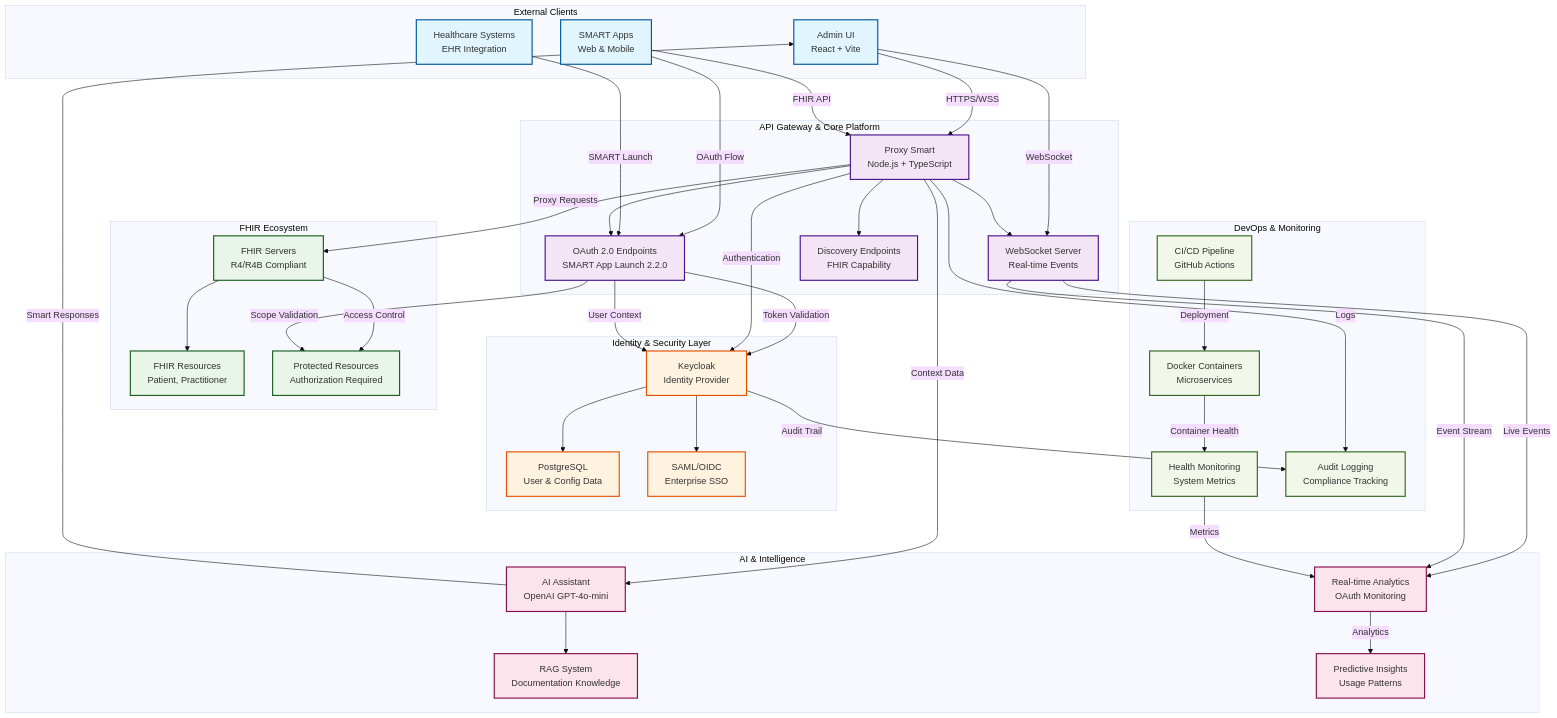
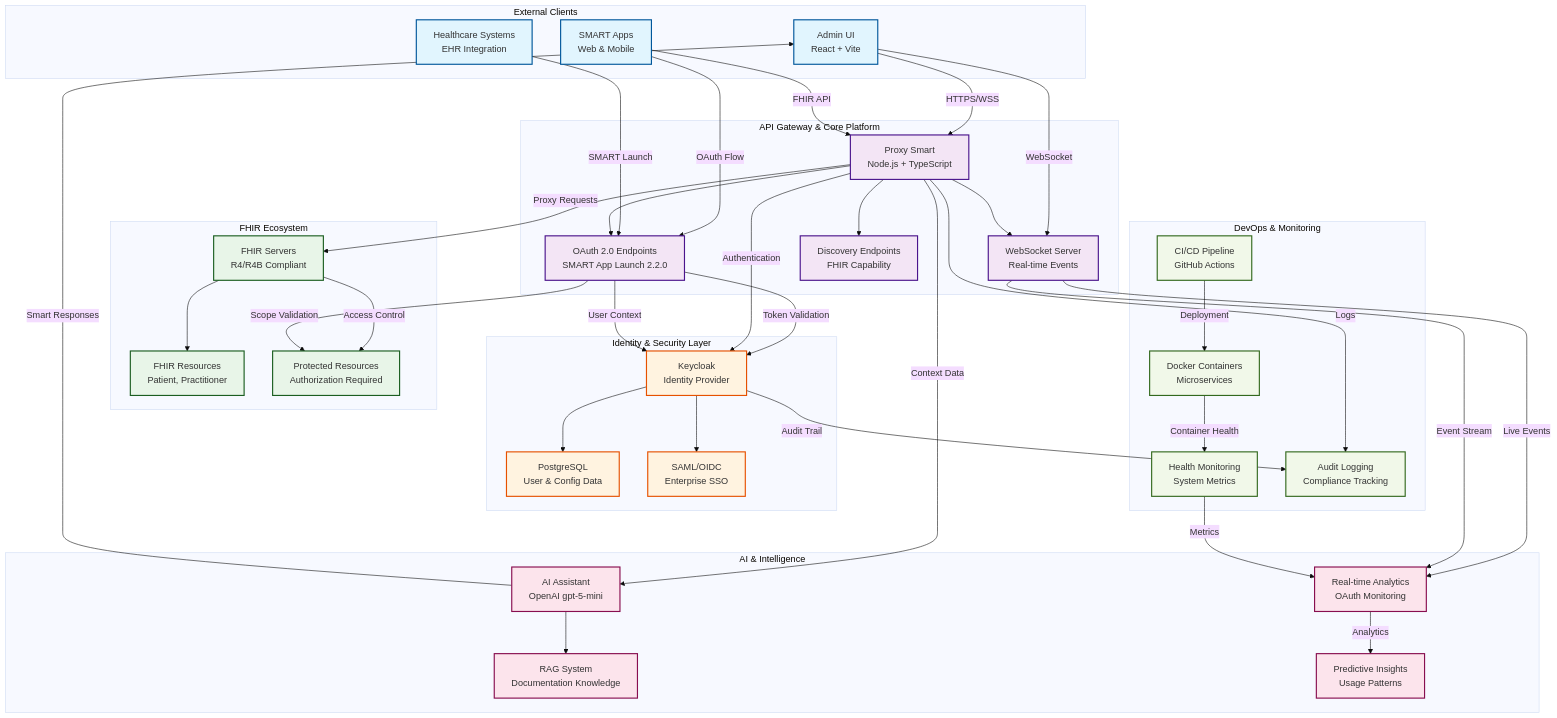
Before and after one commit to quotentiroler/smart-on-fhir-proxy: the diagram in README.md, drawn with Mermaid (base theme). The commit also changed other lines of this file and 5 other files, not shown here.

```diff
--- a/README.md
+++ b/README.md
@@ -84,7 +84,7 @@
     end
   
     subgraph "AI & Intelligence"
-        N["AI Assistant<br/>OpenAI GPT-4o-mini"]
+        N["AI Assistant<br/>OpenAI gpt-5-mini"]
         O["Real-time Analytics<br/>OAuth Monitoring"]
         P["RAG System<br/>Documentation Knowledge"]
         Q["Predictive Insights<br/>Usage Patterns"]
```
